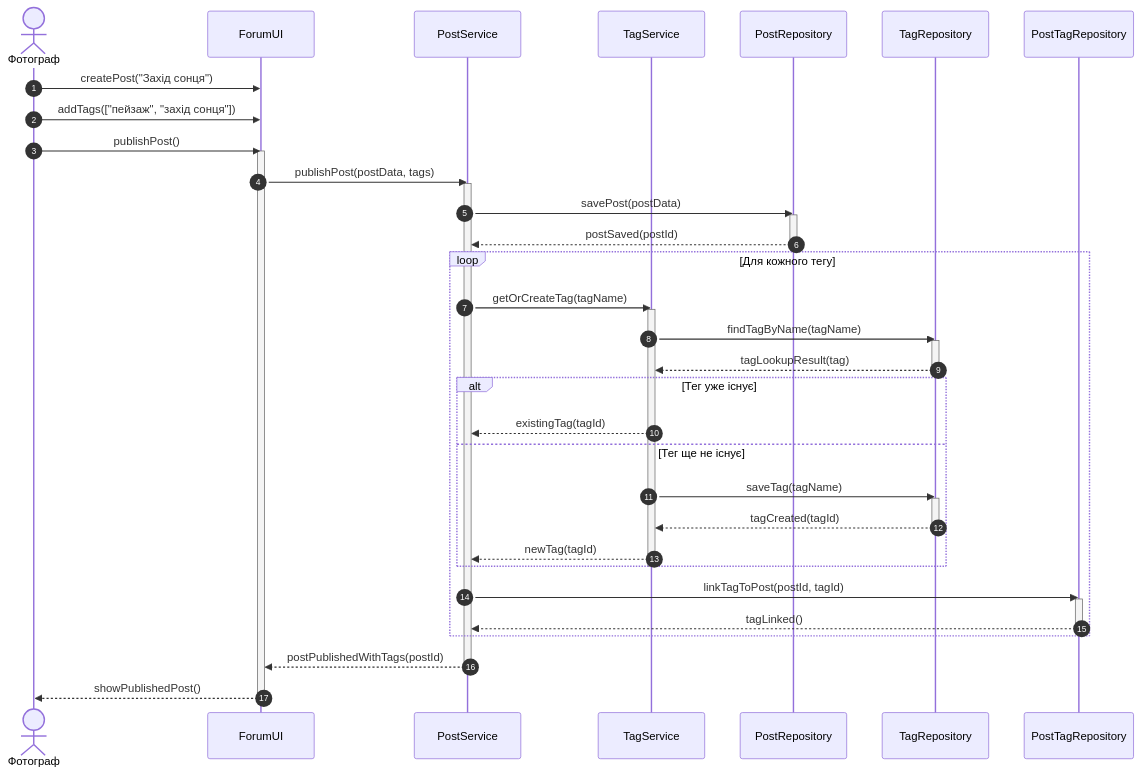
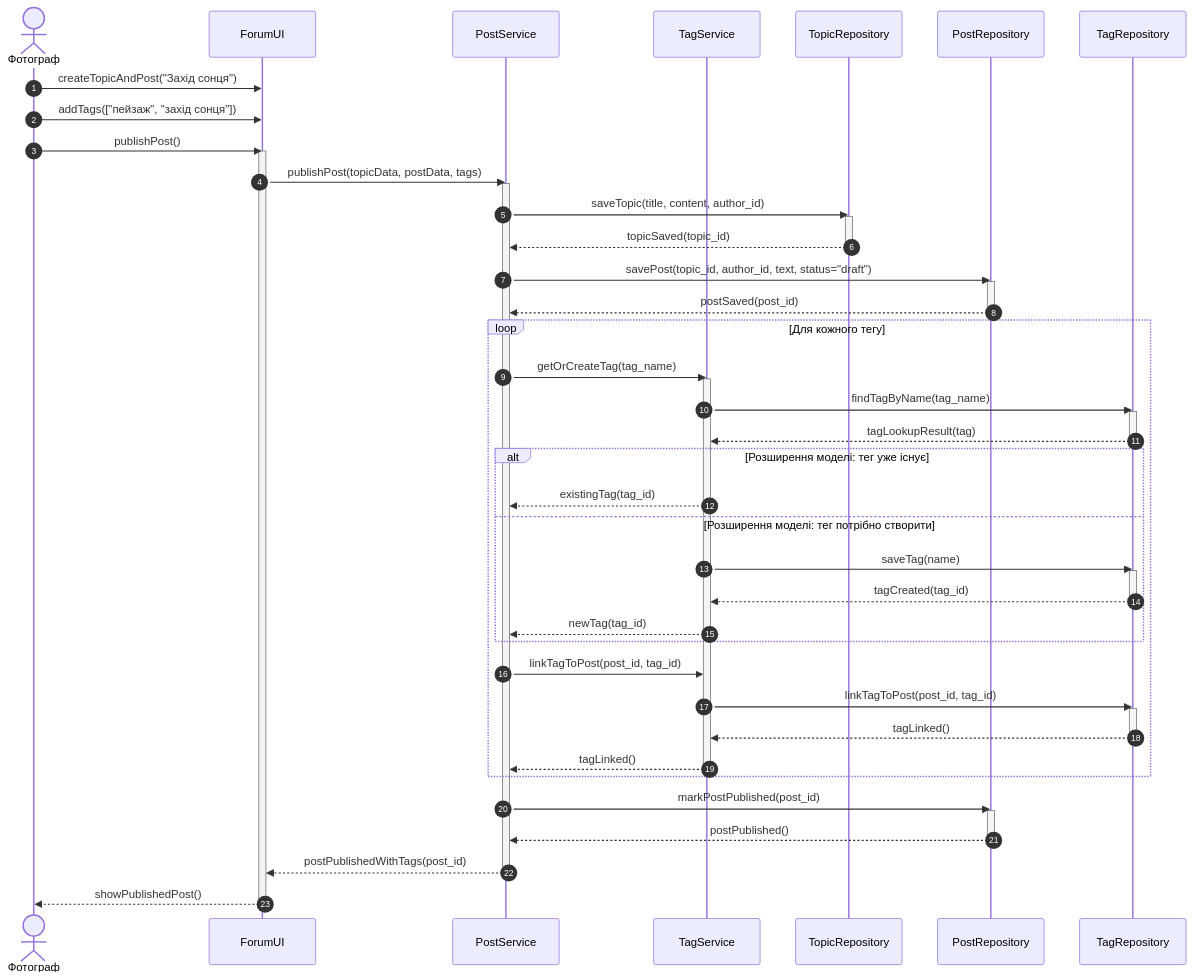
The diagram in sequence diagram/UC-06-add-tags-to-post.md (Strol20/kpi2_labs), drawn with Mermaid before and after one commit. The commit also changed 10 other files, not shown here.

````diff
--- a/sequence diagram/UC-06-add-tags-to-post.md
+++ b/sequence diagram/UC-06-add-tags-to-post.md
@@ -2,48 +2,58 @@
 ```mermaid
 sequenceDiagram
     autonumber
     actor Photographer as Фотограф
     participant UI as ForumUI
     participant PostService as PostService
     participant TagService as TagService
+    participant TopicRepository as TopicRepository
     participant PostRepository as PostRepository
     participant TagRepository as TagRepository
-    participant PostTagRepository as PostTagRepository
 
-    Photographer->>UI: createPost("Захід сонця")
+    Photographer->>UI: createTopicAndPost("Захід сонця")
     Photographer->>UI: addTags(["пейзаж", "захід сонця"])
     Photographer->>UI: publishPost()
     activate UI
-    UI->>PostService: publishPost(postData, tags)
+    UI->>PostService: publishPost(topicData, postData, tags)
     activate PostService
-    PostService->>PostRepository: savePost(postData)
+    PostService->>TopicRepository: saveTopic(title, content, author_id)
+    activate TopicRepository
+    TopicRepository-->>PostService: topicSaved(topic_id)
+    deactivate TopicRepository
+    PostService->>PostRepository: savePost(topic_id, author_id, text, status="draft")
     activate PostRepository
-    PostRepository-->>PostService: postSaved(postId)
+    PostRepository-->>PostService: postSaved(post_id)
     deactivate PostRepository
     loop Для кожного тегу
-        PostService->>TagService: getOrCreateTag(tagName)
+        PostService->>TagService: getOrCreateTag(tag_name)
         activate TagService
-        TagService->>TagRepository: findTagByName(tagName)
+        TagService->>TagRepository: findTagByName(tag_name)
         activate TagRepository
         TagRepository-->>TagService: tagLookupResult(tag)
         deactivate TagRepository
-        alt Тег уже існує
-            TagService-->>PostService: existingTag(tagId)
-        else Тег ще не існує
-            TagService->>TagRepository: saveTag(tagName)
+        alt Розширення моделі: тег уже існує
+            TagService-->>PostService: existingTag(tag_id)
+        else Розширення моделі: тег потрібно створити
+            TagService->>TagRepository: saveTag(name)
             activate TagRepository
-            TagRepository-->>TagService: tagCreated(tagId)
+            TagRepository-->>TagService: tagCreated(tag_id)
             deactivate TagRepository
-            TagService-->>PostService: newTag(tagId)
+            TagService-->>PostService: newTag(tag_id)
         end
+        PostService->>TagService: linkTagToPost(post_id, tag_id)
+        TagService->>TagRepository: linkTagToPost(post_id, tag_id)
+        activate TagRepository
+        TagRepository-->>TagService: tagLinked()
+        deactivate TagRepository
+        TagService-->>PostService: tagLinked()
         deactivate TagService
-        PostService->>PostTagRepository: linkTagToPost(postId, tagId)
-        activate PostTagRepository
-        PostTagRepository-->>PostService: tagLinked()
-        deactivate PostTagRepository
     end
-    PostService-->>UI: postPublishedWithTags(postId)
+    PostService->>PostRepository: markPostPublished(post_id)
+    activate PostRepository
+    PostRepository-->>PostService: postPublished()
+    deactivate PostRepository
+    PostService-->>UI: postPublishedWithTags(post_id)
     deactivate PostService
     UI-->>Photographer: showPublishedPost()
     deactivate UI
 ```
````
